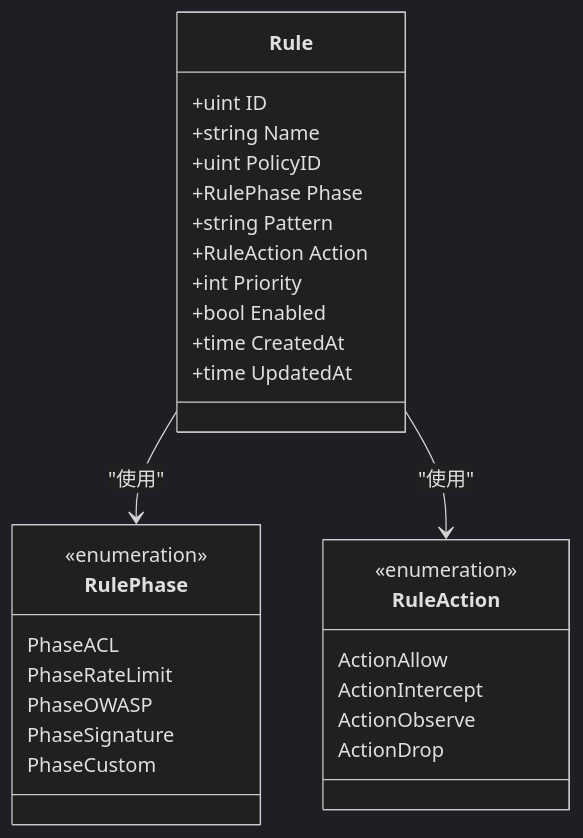
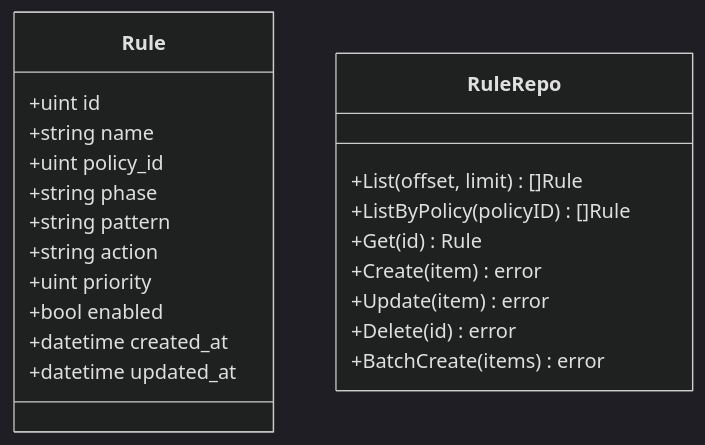
The second of 10 diagrams in docs/管理 API 系统/规则管理 API/规则 CRUD 操作.md (x01n/My-OpenWaf), drawn with Mermaid (dark theme) before and after one commit. The commit also changed other lines of this file and 199 other files, not shown here.

````diff
--- a/docs/管理 API 系统/规则管理 API/规则 CRUD 操作.md
+++ b/docs/管理 API 系统/规则管理 API/规则 CRUD 操作.md
@@ -74,32 +76,24 @@
 ```mermaid
 classDiagram
 class Rule {
-+uint ID
-+string Name
-+uint PolicyID
-+RulePhase Phase
-+string Pattern
-+RuleAction Action
-+int Priority
-+bool Enabled
-+time CreatedAt
-+time UpdatedAt
++uint id
++string name
++uint policy_id
++string phase
++string pattern
++string action
++uint priority
++bool enabled
++datetime created_at
++datetime updated_at
 }
-class RulePhase {
-<<enumeration>>
-PhaseACL
-PhaseRateLimit
-PhaseOWASP
-PhaseSignature
-PhaseCustom
+class RuleRepo {
++List(offset, limit) []Rule
++ListByPolicy(policyID) []Rule
++Get(id) Rule
++Create(item) error
++Update(item) error
++Delete(id) error
++BatchCreate(items) error
 }
-class RuleAction {
-<<enumeration>>
-ActionAllow
-ActionIntercept
-ActionObserve
-ActionDrop
-}
-Rule --> RulePhase : "使用"
-Rule --> RuleAction : "使用"
 ```
````
